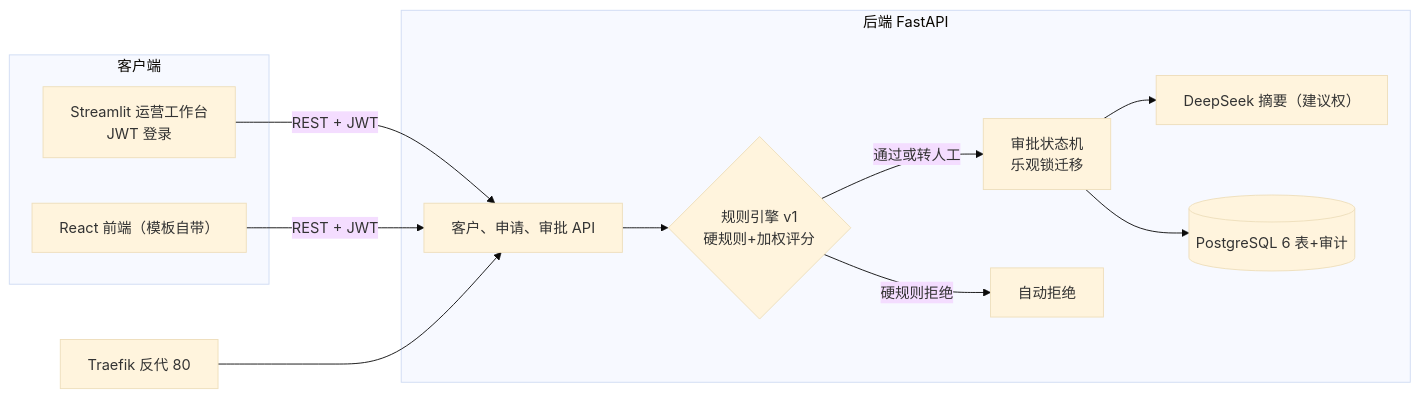
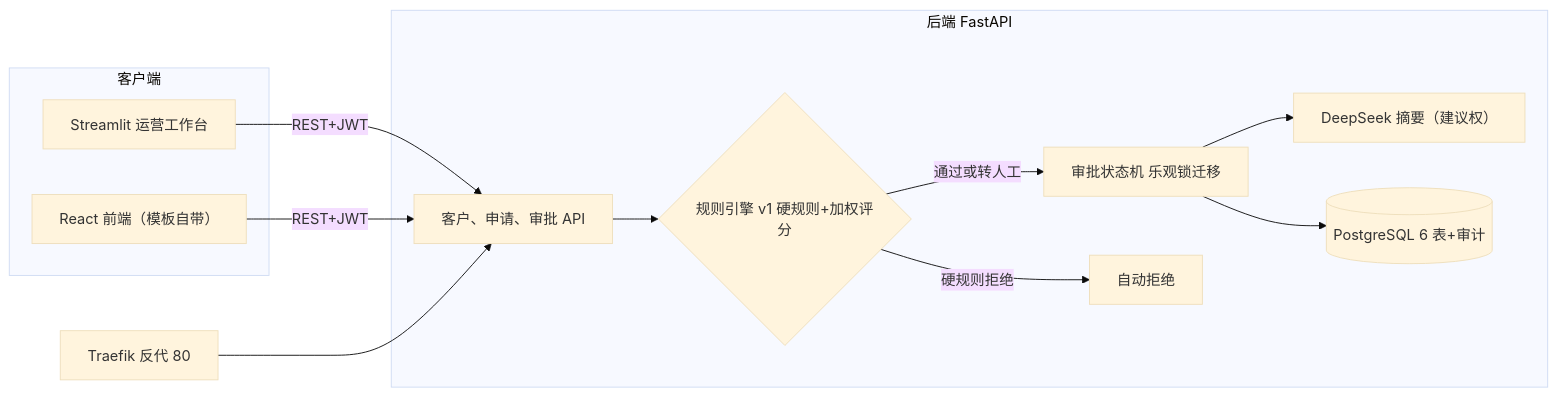
The first of 3 diagrams in README.md (jasmine-crate/credit-approval-system), drawn with Mermaid (base theme) before and after one commit. The commit also changed other lines of this file, not shown here.

First line of the commit message:
docs: simplify mermaid diagrams for GitHub renderer compatibility

````diff
--- a/README.md
+++ b/README.md
@@ -24,17 +24,17 @@
 ```mermaid
 flowchart LR
     subgraph CLIENT["客户端"]
-        W["Streamlit 运营工作台<br/>JWT 登录"]
+        W["Streamlit 运营工作台"]
         B["React 前端（模板自带）"]
     end
     subgraph BACKEND["后端 FastAPI"]
-        A["客户、申请、审批 API"] --> E{"规则引擎 v1<br/>硬规则+加权评分"}
-        E -->|"通过或转人工"| F["审批状态机<br/>乐观锁迁移"]
-        E -->|"硬规则拒绝"| R["自动拒绝"]
+        A["客户、申请、审批 API"] --> E{"规则引擎 v1 硬规则+加权评分"}
+        E -- 通过或转人工 --> F["审批状态机 乐观锁迁移"]
+        E -- 硬规则拒绝 --> R["自动拒绝"]
         F --> L["DeepSeek 摘要（建议权）"]
         F --> D[("PostgreSQL 6 表+审计")]
     end
-    W -->|"REST + JWT"| A
-    B -->|"REST + JWT"| A
+    W -- REST+JWT --> A
+    B -- REST+JWT --> A
     T["Traefik 反代 80"] --> A
 ```
````
